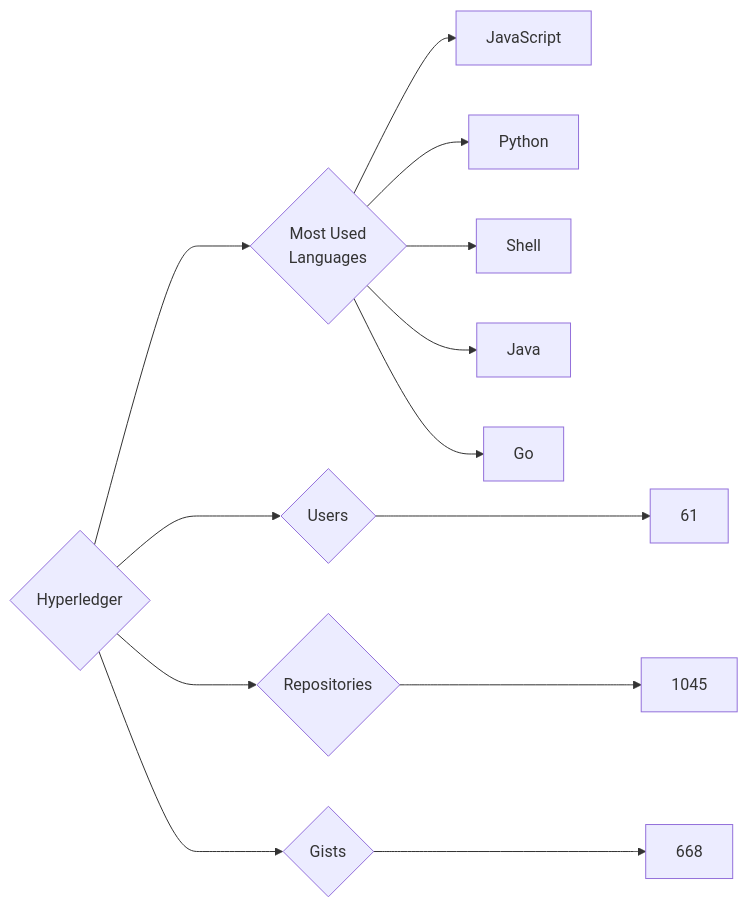
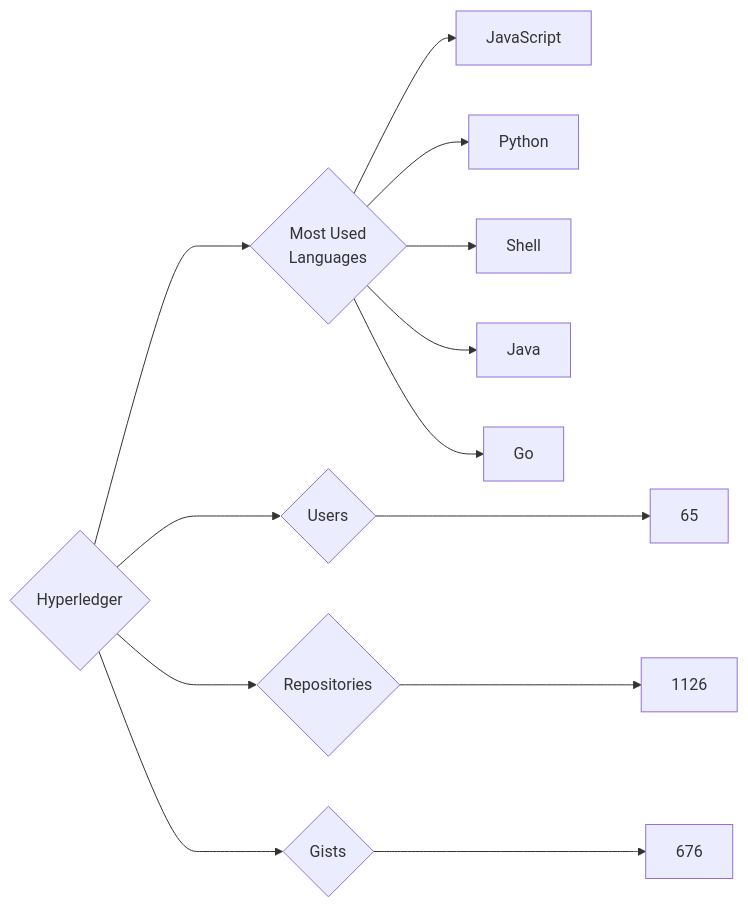
The diagram in targets/Hyperledger/README.md (trickest/insiders), drawn with Mermaid before and after one commit. The commit also changed 681 other files, not shown here.

````diff
--- a/targets/Hyperledger/README.md
+++ b/targets/Hyperledger/README.md
@@ -3,13 +3,13 @@
 ```mermaid
 graph LR
 COMPANY_NAME{Hyperledger}
-COMPANY_NAME ---> U{Users} ---> UN[61]
-COMPANY_NAME ---> R{Repositories} ---> RN[1045]
-COMPANY_NAME ---> G{Gists} ---> GN[668]
+COMPANY_NAME ---> U{Users} ---> UN[65]
+COMPANY_NAME ---> R{Repositories} ---> RN[1126]
+COMPANY_NAME ---> G{Gists} ---> GN[676]
 COMPANY_NAME ---> ML{Most Used<br>Languages}
 ML --> JavaScript[JavaScript]
 ML --> Python[Python]
 ML --> Shell[Shell]
 ML --> Java[Java]
 ML --> Go[Go]
 ```
````
